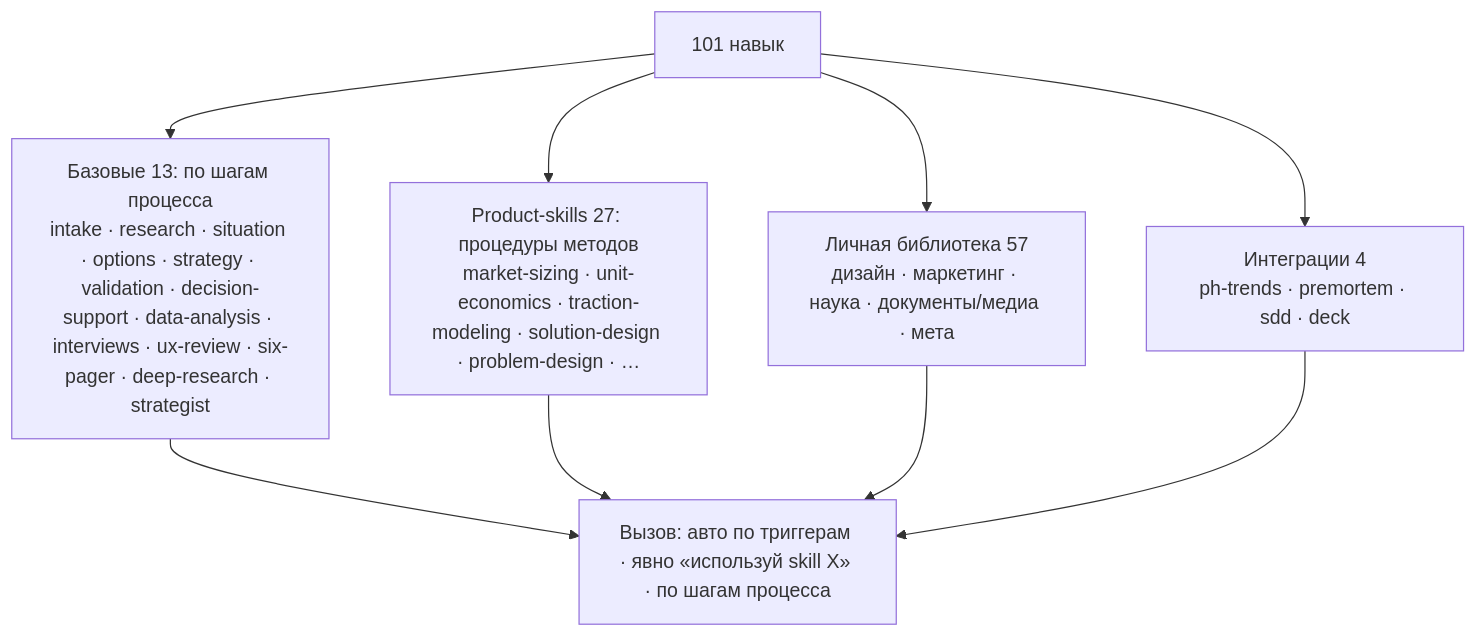
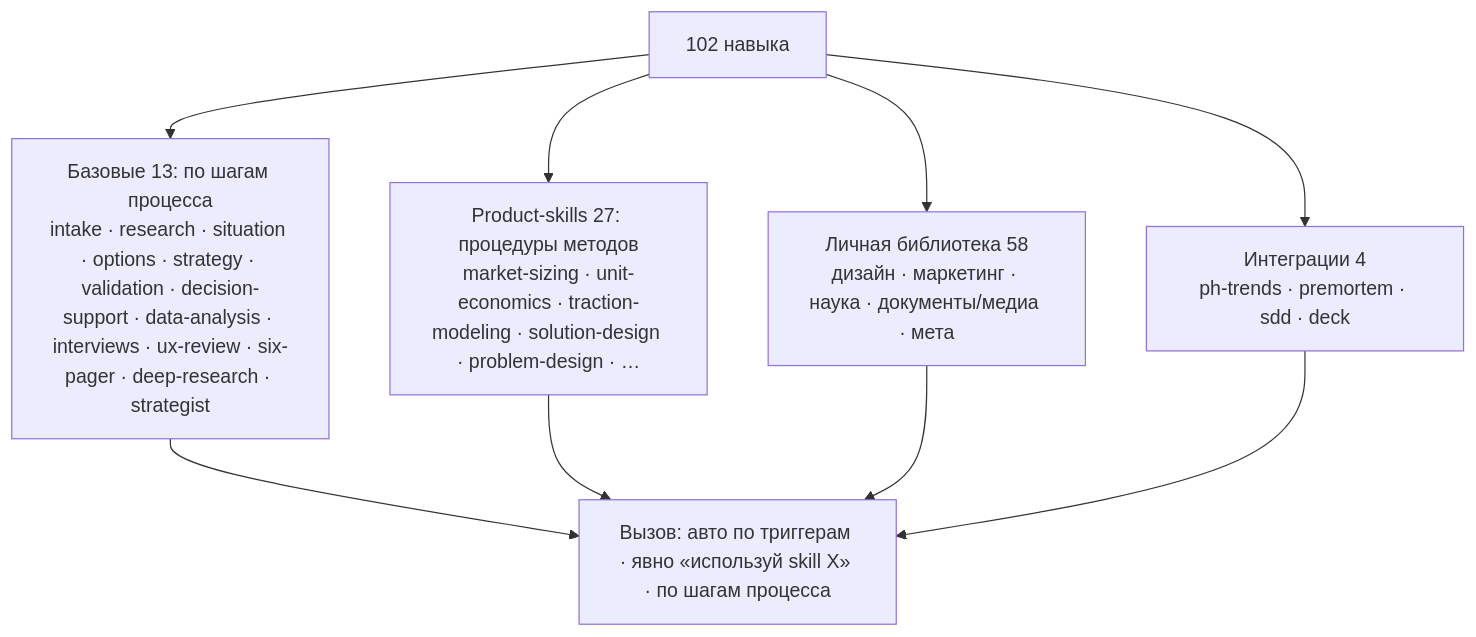
Before and after one commit to Fighter90/product-factory-strategist: the third of 4 diagrams in README.md, drawn with Mermaid. The commit also changed other lines of this file and 13 other files, not shown here.

Commit message:
fix(demo): 05 заголовок «Подтверждение», 03 тег A5; SIX_PAGER.docx пересобран

````diff
--- a/README.md
+++ b/README.md
@@ -244,8 +244,8 @@
 ```mermaid
 flowchart TB
-  SK["101 навык"] --> B["Базовые 13: по шагам процесса<br/>intake · research · situation · options · strategy · validation · decision-support · data-analysis · interviews · ux-review · six-pager · deep-research · strategist"]
+  SK["102 навыка"] --> B["Базовые 13: по шагам процесса<br/>intake · research · situation · options · strategy · validation · decision-support · data-analysis · interviews · ux-review · six-pager · deep-research · strategist"]
   SK --> P["Product-skills 27: процедуры методов<br/>market-sizing · unit-economics · traction-modeling · solution-design · problem-design · …"]
-  SK --> L["Личная библиотека 57<br/>дизайн · маркетинг · наука · документы/медиа · мета"]
+  SK --> L["Личная библиотека 58<br/>дизайн · маркетинг · наука · документы/медиа · мета"]
   SK --> INT["Интеграции 4<br/>ph-trends · premortem · sdd · deck"]
   B & P & L & INT --> INV["Вызов: авто по триггерам · явно «используй skill X» · по шагам процесса"]
 ```
````
